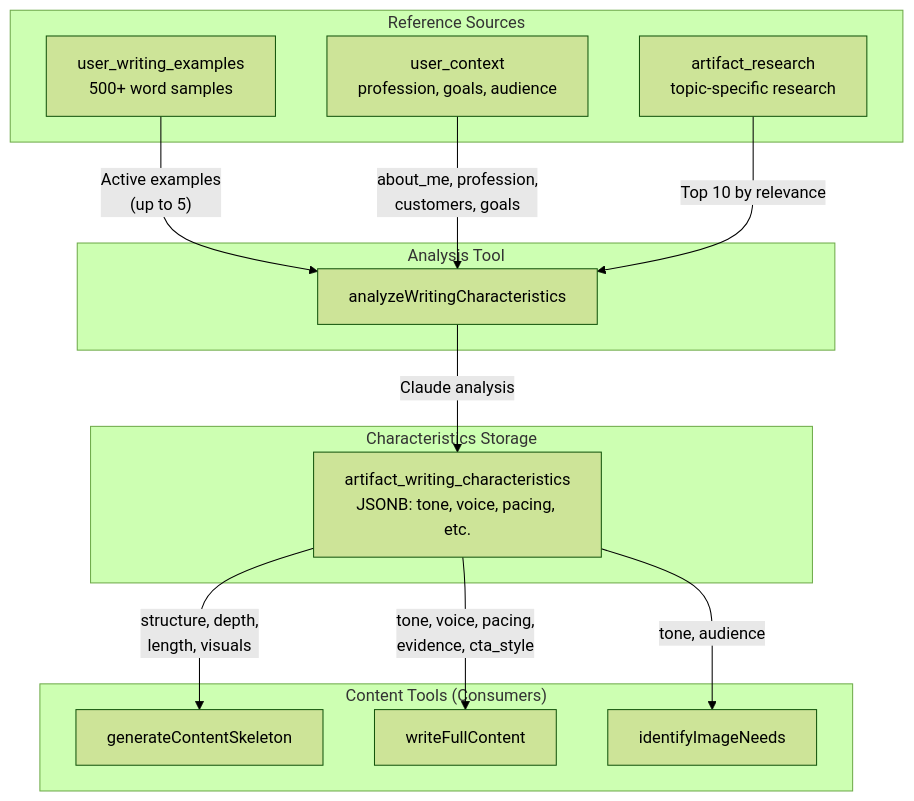
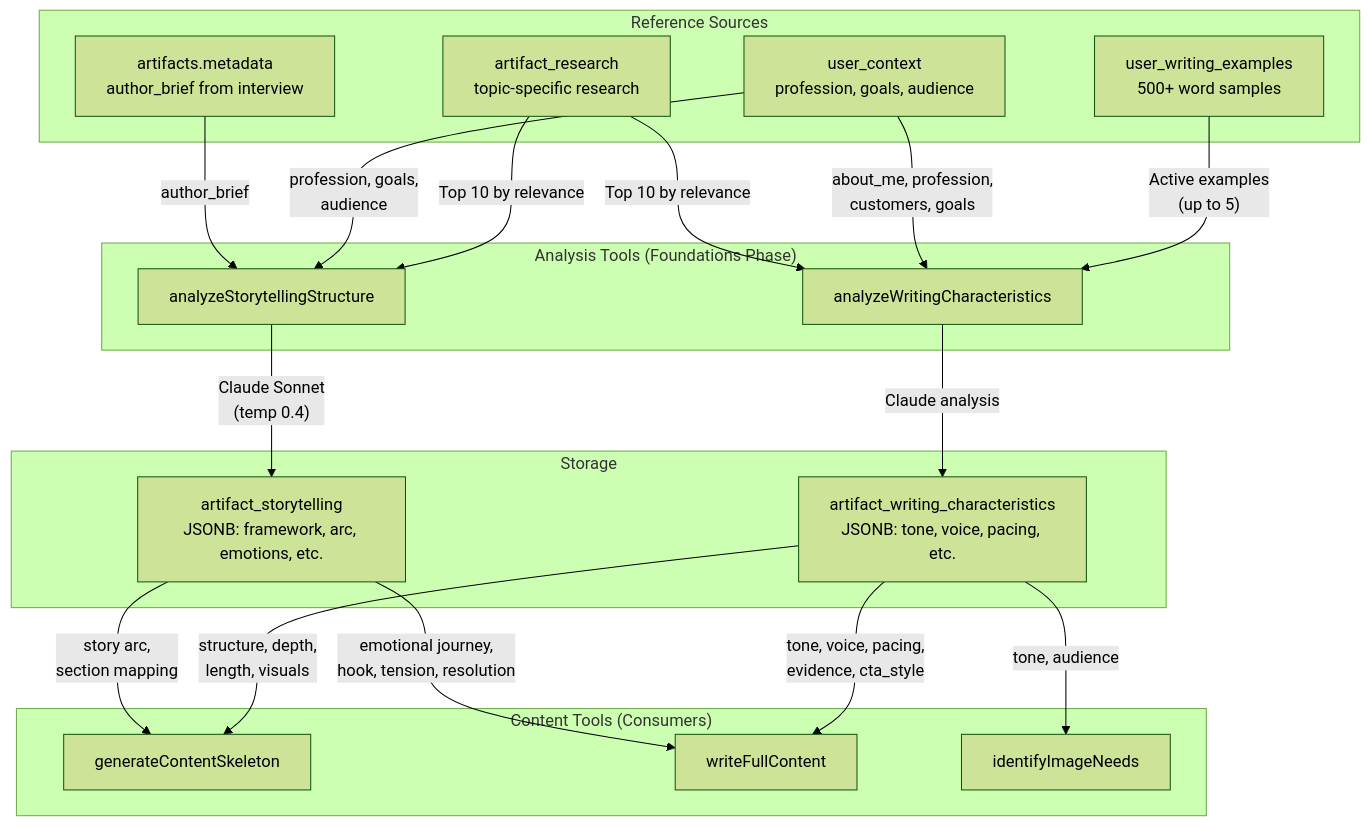
Before and after one commit to kobiagi-builder/nextup: the second of 7 diagrams in docs/ai-agents-and-prompts/pipeline-execution-flow.md, drawn with Mermaid (forest theme). The commit also changed other lines of this file and 133 other files, not shown here.

````diff
--- a/docs/ai-agents-and-prompts/pipeline-execution-flow.md
+++ b/docs/ai-agents-and-prompts/pipeline-execution-flow.md
@@ -392,32 +448,41 @@
 ```mermaid
 flowchart TB
     subgraph "Reference Sources"
         UWE[user_writing_examples<br/>500+ word samples]
         UC[user_context<br/>profession, goals, audience]
         AR[artifact_research<br/>topic-specific research]
+        AB[artifacts.metadata<br/>author_brief from interview]
     end
 
-    subgraph "Analysis Tool"
+    subgraph "Analysis Tools (Foundations Phase)"
         AWC[analyzeWritingCharacteristics]
+        ASS[analyzeStorytellingStructure]
     end
 
-    subgraph "Characteristics Storage"
+    subgraph "Storage"
         AWCTable[artifact_writing_characteristics<br/>JSONB: tone, voice, pacing, etc.]
+        ASTTable[artifact_storytelling<br/>JSONB: framework, arc, emotions, etc.]
     end
 
     subgraph "Content Tools (Consumers)"
         GCS[generateContentSkeleton]
         WFC[writeFullContent]
         IIN[identifyImageNeeds]
     end
 
     UWE -->|"Active examples<br/>(up to 5)"| AWC
     UC -->|"about_me, profession,<br/>customers, goals"| AWC
     AR -->|"Top 10 by relevance"| AWC
+    AR -->|"Top 10 by relevance"| ASS
+    UC -->|"profession, goals,<br/>audience"| ASS
+    AB -->|"author_brief"| ASS
 
     AWC -->|"Claude analysis"| AWCTable
+    ASS -->|"Claude Sonnet<br/>(temp 0.4)"| ASTTable
 
     AWCTable -->|"structure, depth,<br/>length, visuals"| GCS
     AWCTable -->|"tone, voice, pacing,<br/>evidence, cta_style"| WFC
     AWCTable -->|"tone, audience"| IIN
+    ASTTable -->|"story arc,<br/>section mapping"| GCS
+    ASTTable -->|"emotional journey,<br/>hook, tension, resolution"| WFC
 ```
````
